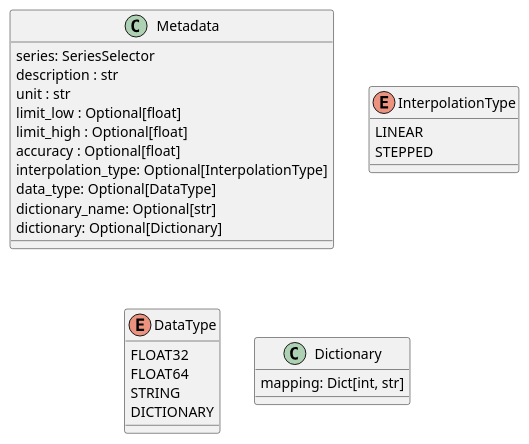
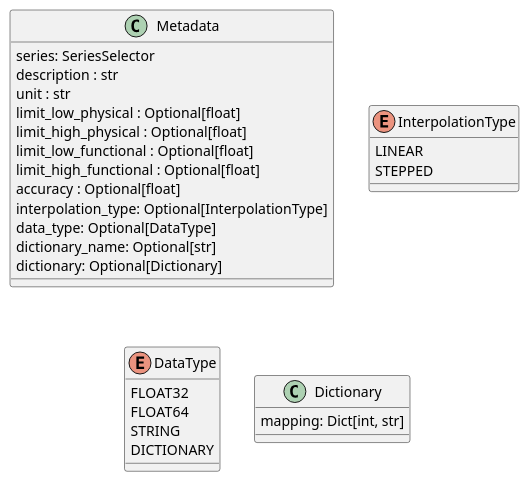
The second of 3 diagrams in docs/kukur.asciidoc (timeseer-ai/kukur), drawn with PlantUML before and after one commit. The commit also changed other lines of this file and 16 other files, not shown here.

Commit message:
Split limits in physical and functional limits

```diff
--- a/docs/kukur.asciidoc
+++ b/docs/kukur.asciidoc
@@ -460,31 +460,33 @@
 [plantuml]
 ....
 class Metadata {
     series: SeriesSelector
     description : str
     unit : str
-    limit_low : Optional[float]
-    limit_high : Optional[float]
+    limit_low_physical : Optional[float]
+    limit_high_physical : Optional[float]
+    limit_low_functional : Optional[float]
+    limit_high_functional : Optional[float]
     accuracy : Optional[float]
     interpolation_type: Optional[InterpolationType]
     data_type: Optional[DataType]
     dictionary_name: Optional[str]
     dictionary: Optional[Dictionary]
 }
 
 enum InterpolationType {
     LINEAR
     STEPPED
 }
 
 enum DataType {
     FLOAT32
     FLOAT64
     STRING
     DICTIONARY
 }
 
 class Dictionary {
     mapping: Dict[int, str]
 }
 ....
```
